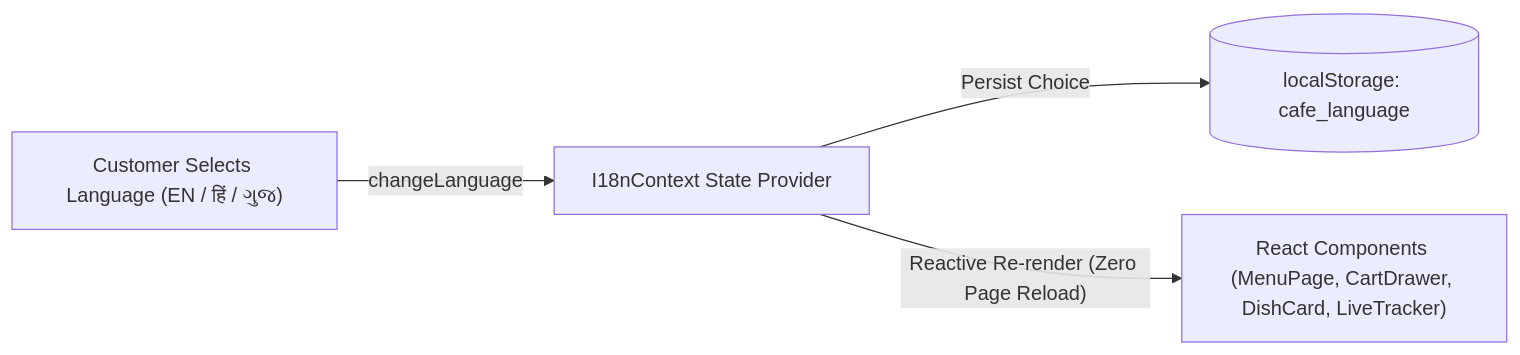
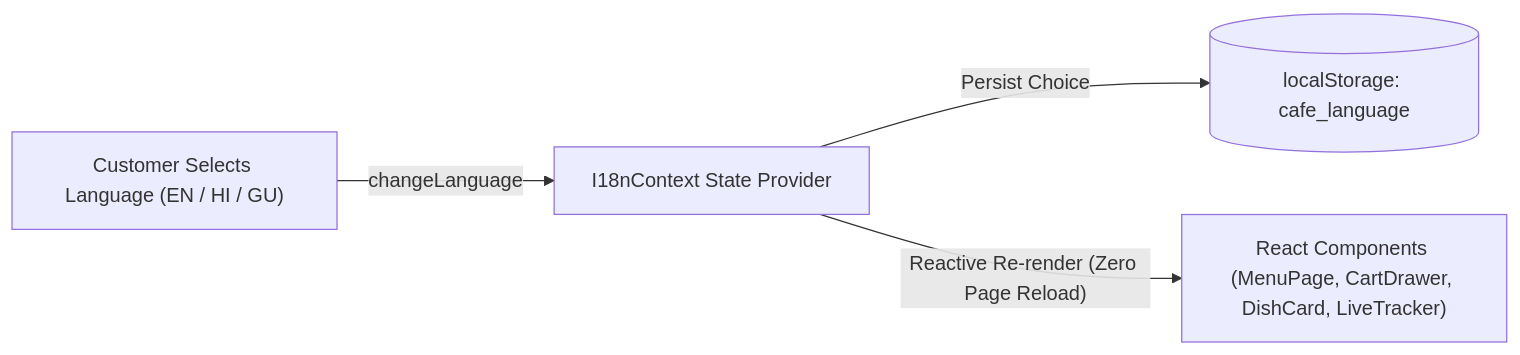
One commit to Anu7276/CAFE_MANAGEMENT_SYSTEM changed the sixth of 6 diagrams in README.md. Above: the diagram before and after it, drawn with Mermaid. The commit also changed other lines of this file, not shown here.

Commit message:
docs(readme): sanitize all mermaid diagrams for GitHub renderer compatibility

````diff
--- a/README.md
+++ b/README.md
@@ -402,11 +403,11 @@
 ```mermaid
 flowchart LR
-    USER["Customer Selects Language (EN / हिं / ગુજ)"]
+    USER["Customer Selects Language (EN / HI / GU)"]
     CTX["I18nContext State Provider"]
     STORE[("localStorage: cafe_language")]
     VIEWS["React Components (MenuPage, CartDrawer, DishCard, LiveTracker)"]
 
     USER -->|"changeLanguage"| CTX
     CTX -->|"Persist Choice"| STORE
     CTX -->|"Reactive Re-render (Zero Page Reload)"| VIEWS
 ```
````
